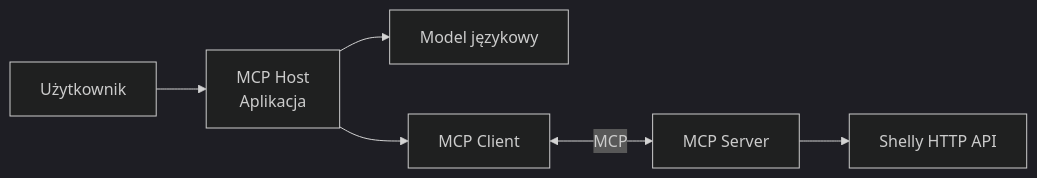
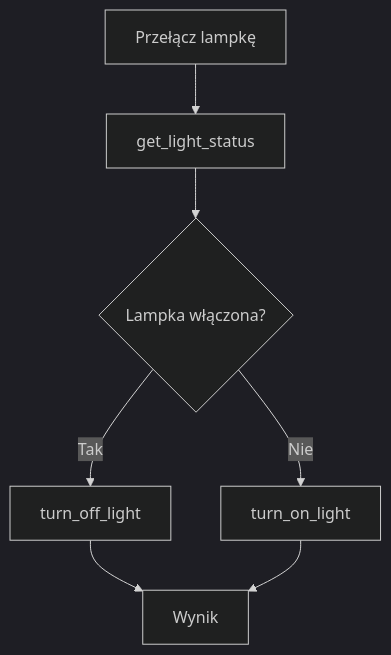
Before and after one commit to TomislawApoloniuszCurusBachledaFarell/pw-mini-ai-agents-dotnet: the second of 2 diagrams in docs/lectures/03-tool-calling/README.md, drawn with Mermaid (dark theme). The commit also changed other lines of this file, not shown here.

Commit message:
Dodanie MCP

````diff
--- a/docs/lectures/03-tool-calling/README.md
+++ b/docs/lectures/03-tool-calling/README.md
@@ -119,8 +204,9 @@
 ```mermaid
-flowchart LR
-    User["Użytkownik"] --> Host["MCP Host<br/>Aplikacja"]
-    Host --> LLM["Model językowy"]
-    Host --> Client["MCP Client"]
-    Client <-->|MCP| Server["MCP Server"]
-    Server --> API["Shelly HTTP API"]
+flowchart TD
+    User["Przełącz lampkę"] --> Get["get_light_status"]
+    Get --> Check{"Lampka włączona?"}
+    Check -->|Tak| Off["turn_off_light"]
+    Check -->|Nie| On["turn_on_light"]
+    Off --> Result["Wynik"]
+    On --> Result
 ```
````
